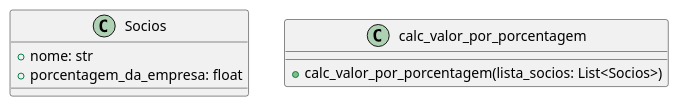
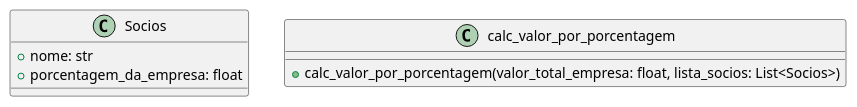
One commit to Lichwyy/exerciciosofteng2702 changed the fourth of 4 diagrams in exec1.plantuml. Above: the diagram before and after it, drawn with PlantUML. The commit also changed other lines of this file and 1 other file, not shown here.

```diff
--- a/exec1.plantuml
+++ b/exec1.plantuml
@@ -54,13 +54,13 @@
 @startuml diagrama_de_classe
 
 class Socios {
     + nome: str
     + porcentagem_da_empresa: float
 
 }
 
 class calc_valor_por_porcentagem {
-    + calc_valor_por_porcentagem(lista_socios: List<Socios>)
+    + calc_valor_por_porcentagem(valor_total_empresa: float, lista_socios: List<Socios>)
 }
 
 @enduml
```
